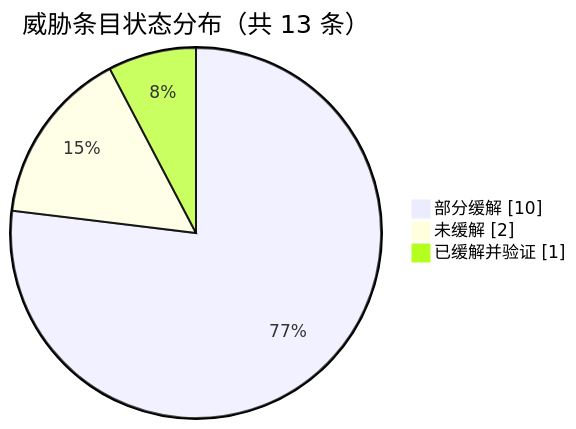
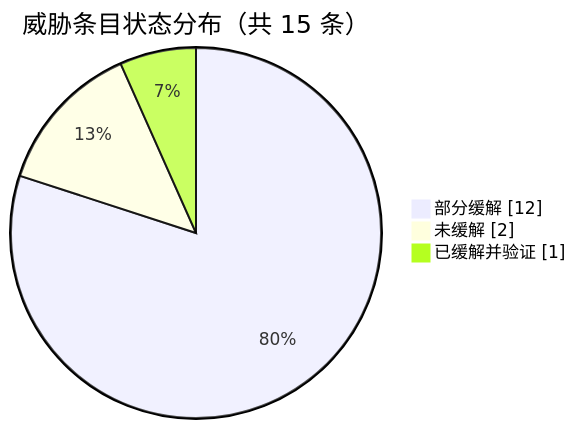
Before and after one commit to sukinoelsuki/software_engineering: the tenth of 11 diagrams in 需求分析文档/04-产品与需求图表.md, drawn with Mermaid. The commit also changed other lines of this file and 9 other files, not shown here.

````diff
--- a/需求分析文档/04-产品与需求图表.md
+++ b/需求分析文档/04-产品与需求图表.md
@@ -465,7 +484,7 @@
 ```mermaid
 pie showData
-    title 威胁条目状态分布（共 13 条）
-    "部分缓解" : 10
+    title 威胁条目状态分布（共 15 条）
+    "部分缓解" : 12
     "未缓解" : 2
     "已缓解并验证" : 1
 ```
````
